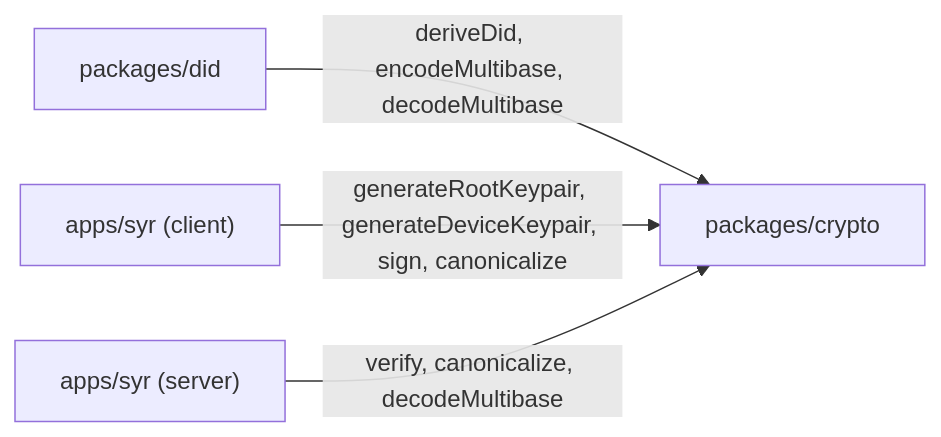
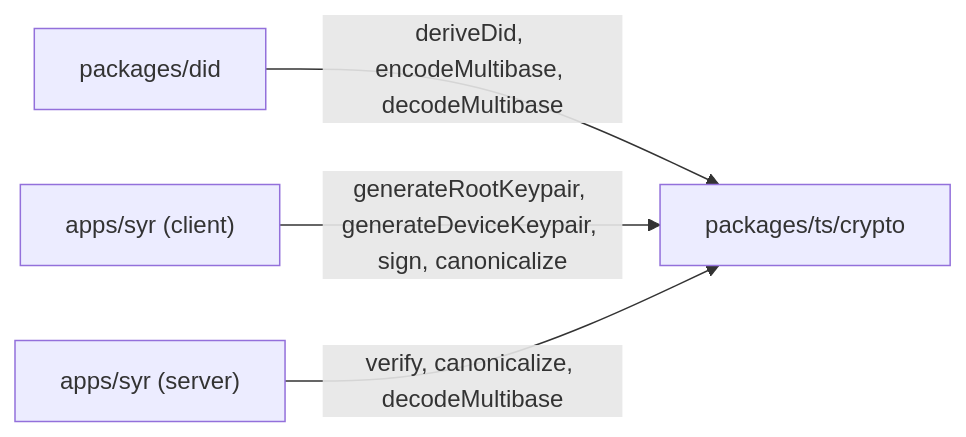
The diagram in apps/docs/app/src/routes/implementation/phase-0-crypto/+page.md (syr-is/syr), drawn with Mermaid before and after one commit. The commit also changed other lines of this file and 59 other files, not shown here.

````diff
--- a/apps/docs/app/src/routes/implementation/phase-0-crypto/+page.md
+++ b/apps/docs/app/src/routes/implementation/phase-0-crypto/+page.md
@@ -129,11 +131,11 @@
 ```mermaid
 flowchart LR
-    crypto["packages/crypto"]
+    crypto["packages/ts/crypto"]
     did["packages/did"]
     syrClient["apps/syr (client)"]
     syrServer["apps/syr (server)"]
 
     did -->|"deriveDid, encodeMultibase, decodeMultibase"| crypto
     syrClient -->|"generateRootKeypair, generateDeviceKeypair, sign, canonicalize"| crypto
     syrServer -->|"verify, canonicalize, decodeMultibase"| crypto
 ```
````
